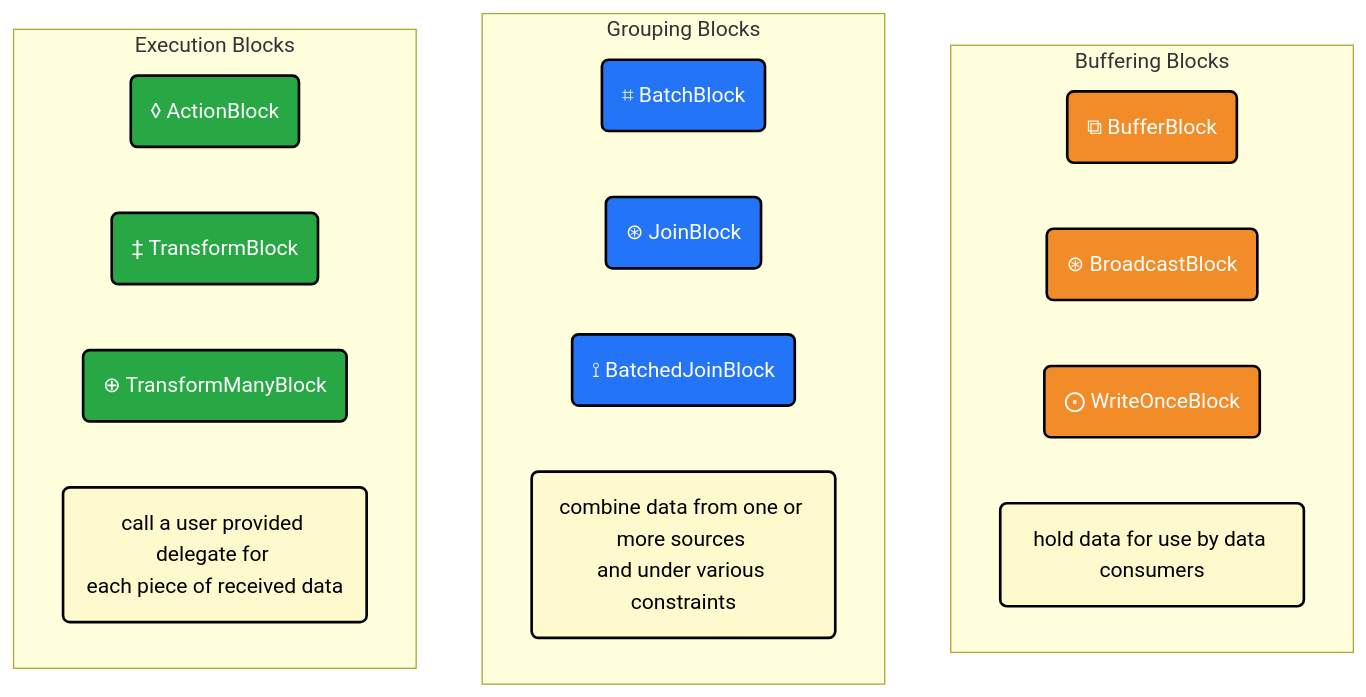
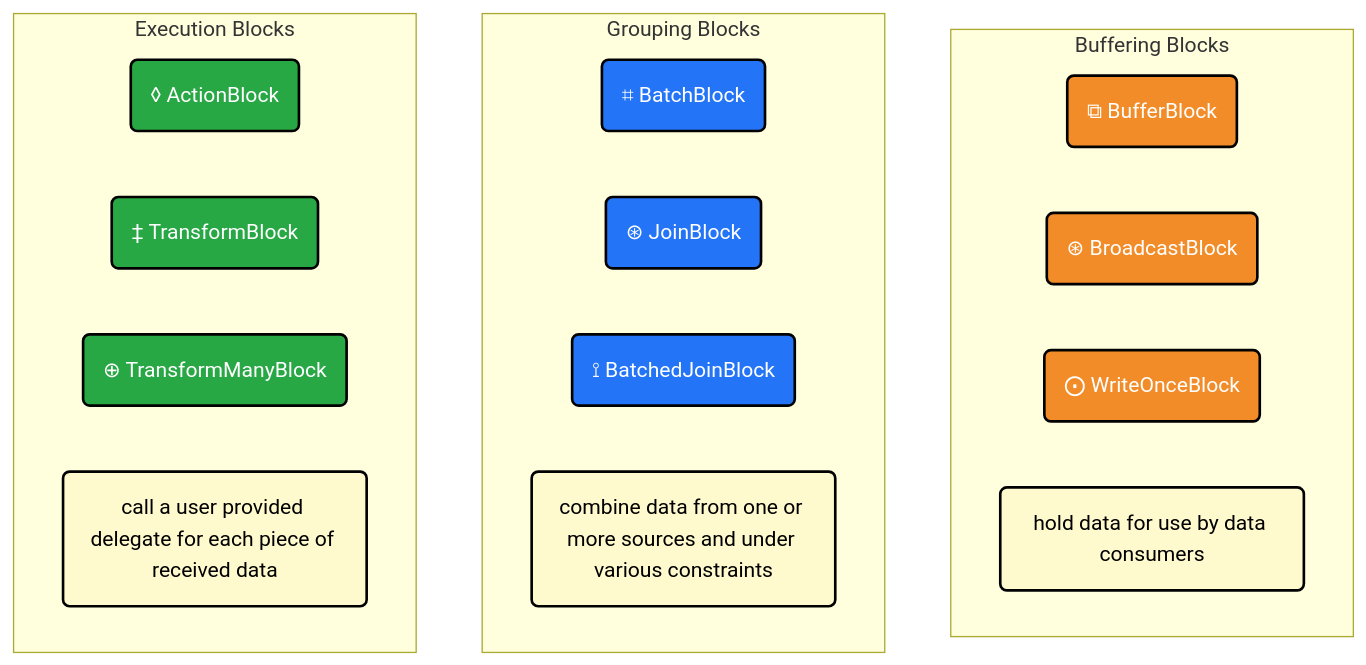
One commit to MartinRL/TplDataflow changed the diagram in README.md. Above: the diagram before and after it, drawn with Mermaid.

Commit message:
remove line-breaks since not supported by GitHub's rendering of the readme

````diff
--- a/README.md
+++ b/README.md
@@ -3,36 +3,36 @@
 ```mermaid
 flowchart TB
     
     %% Colors %%
     %% Rationale: Green is often associated with "action," "go," and "processing," which fits the nature of execution blocks that actively transform or process data.
     classDef green fill:#28a745,stroke:#000,stroke-width:2px,color:#fff;
     %% Rationale: Blue is often associated with "organization," "grouping," and "collective operations." It provides a calm, structural feel, appropriate for blocks that group or batch items.
     classDef blue fill:#2374f7,stroke:#000,stroke-width:2px,color:#fff;
     %% Rationale: Orange is often linked with "storage" or "holding" phases and is visually distinct. Buffer blocks temporarily store items before they are processed, so orange can indicate this intermediary state.
     classDef orange fill:#f28c28,stroke:#000,stroke-width:2px,color:#fff;
     classDef light-yellow fill:#fffacd,stroke:#000,stroke-width:2px,color:#000;
 
     subgraph "Buffering Blocks"
         %% direction TD
         BB("⧉ BufferBlock<T>"):::orange
         BrB("⊛ BroadcastBlock<T>"):::orange
         WOB("⨀ WriteOnceBlock<T>"):::orange
         bufferingNote("hold data for use by data consumers"):::light-yellow
     end
     
     subgraph "Grouping Blocks"
         %% direction TD
         BaB("⌗ BatchBlock<T>"):::blue
         JB("⊛ JoinBlock<T1, T2>"):::blue
         BJB("⟟ BatchedJoinBlock<T1, T2>"):::blue
-        groupingNote("combine data from one or more sources \nand under various constraints"):::light-yellow
+        groupingNote("combine data from one or more sources and under various constraints"):::light-yellow
     end
 
     subgraph "Execution Blocks"
         %% direction TD
         AB("◊ ActionBlock<T>"):::green
         TB("‡ TransformBlock<T, U>"):::green
         TMB("⊕ TransformManyBlock<TInput, TOutput>"):::green
-        executiongNote("call a user provided delegate for \neach piece of received data"):::light-yellow
+        executiongNote("call a user provided delegate for each piece of received data"):::light-yellow
     end
 ```
````
